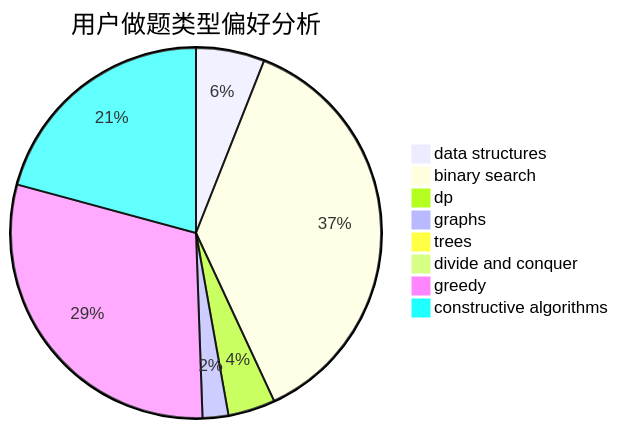
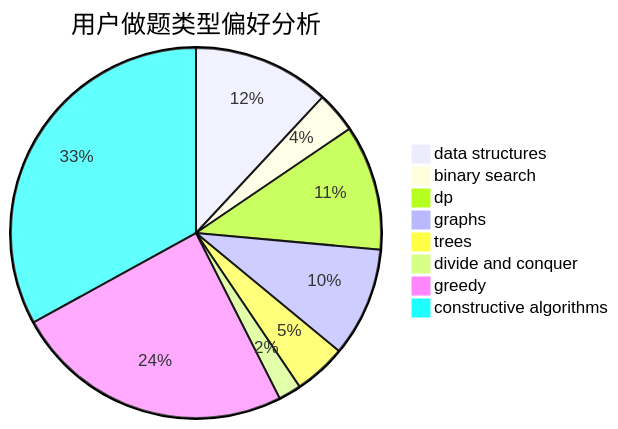
One commit to sherpahu/cfrs.github.io changed the second of 3 diagrams in docs/user/u1871.md. Above: the diagram before and after it, drawn with Mermaid. The commit also changed other lines of this file and 2770 other files, not shown here.

````diff
--- a/docs/user/u1871.md
+++ b/docs/user/u1871.md
@@ -23,11 +23,11 @@
 ```mermaid
 pie title 用户做题类型偏好分析
-    "data structures" :  32
-    "binary search" :  198
-    "dp" :  22
-    "graphs" :  12
-    "trees" :  5
-    "divide and conquer" :  0
-    "greedy" :  159
-    "constructive algorithms" :  111
+    "data structures" :  60
+    "binary search" :  18
+    "dp" :  55
+    "graphs" :  48
+    "trees" :  23
+    "divide and conquer" :  10
+    "greedy" :  123
+    "constructive algorithms" :  166
 ```
````
